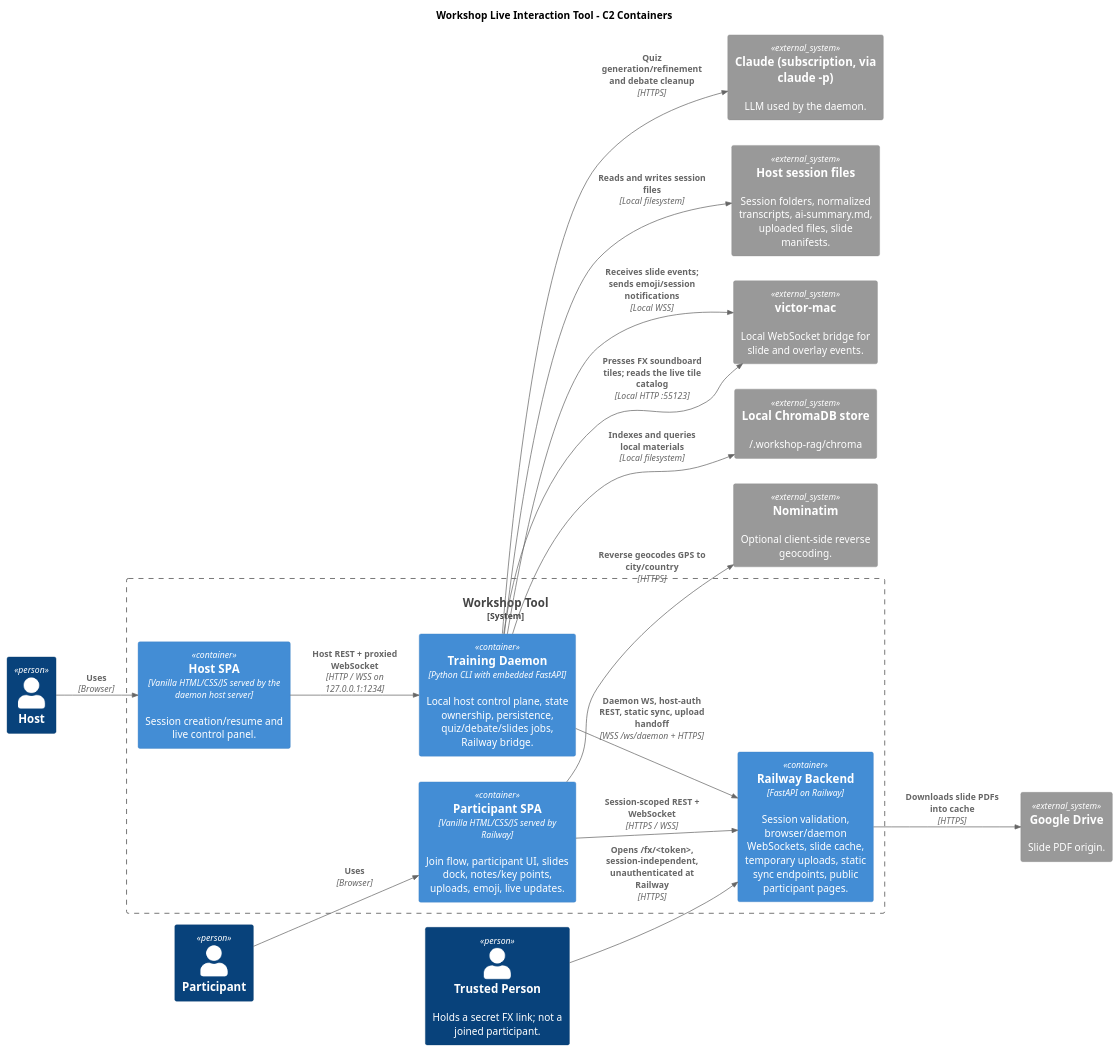
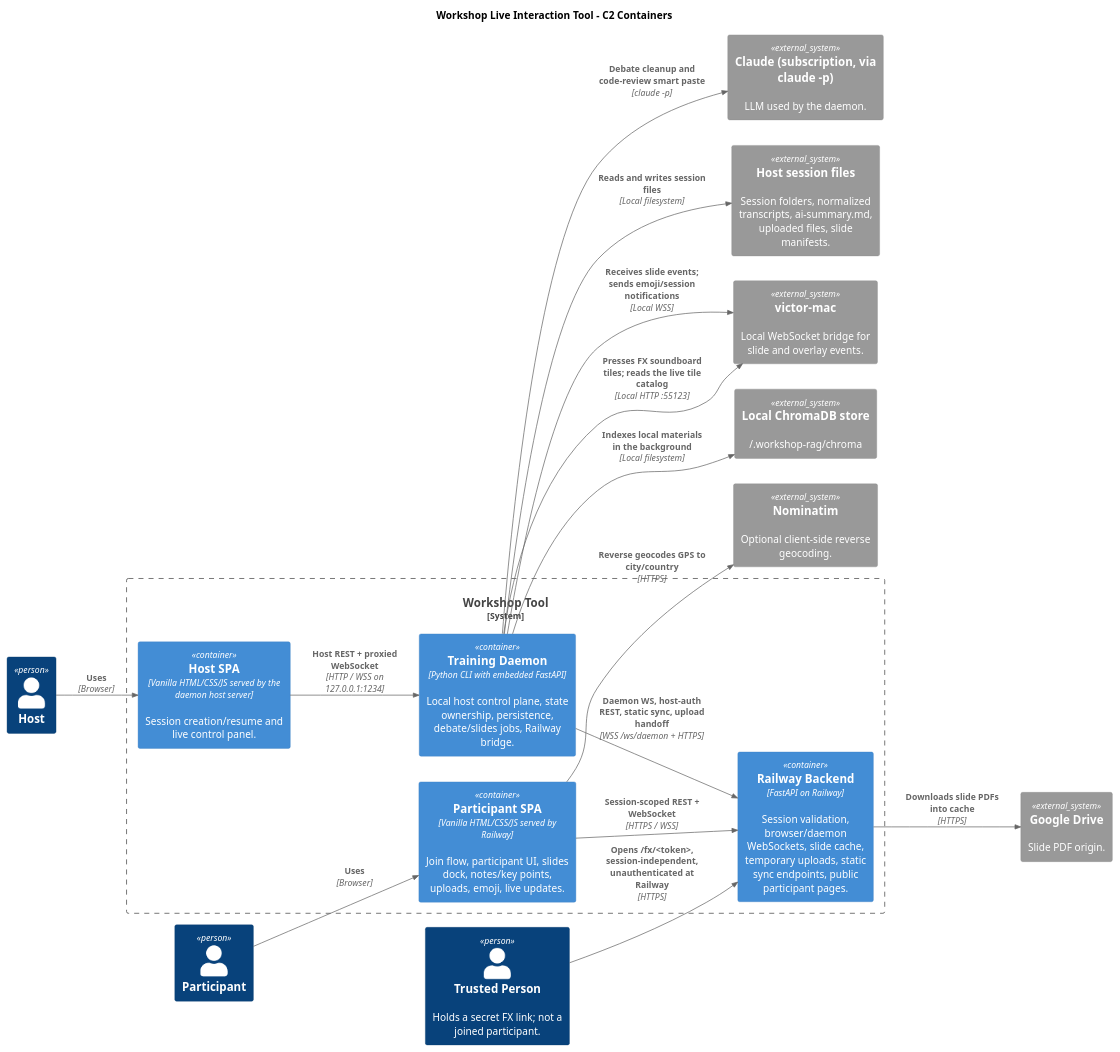
Before and after one commit to victorrentea/training-assistant: the second of 4 diagrams in ARCHITECTURE.md, drawn with PlantUML. The commit also changed other lines of this file and 45 other files, not shown here.

````diff
--- a/ARCHITECTURE.md
+++ b/ARCHITECTURE.md
@@ -78,44 +78,44 @@
 ```plantuml
 @startuml C2_Containers
 !include <C4/C4_Container>
 
 title Workshop Live Interaction Tool - C2 Containers
 LAYOUT_LEFT_RIGHT()
 
 Person(host, "Host")
 Person(participant, "Participant")
 Person(fx_holder, "Trusted Person", "Holds a secret FX link; not a joined participant.")
 
 System_Boundary(workshop, "Workshop Tool") {
     Container(participant_spa, "Participant SPA", "Vanilla HTML/CSS/JS served by Railway", "Join flow, participant UI, slides dock, notes/key points, uploads, emoji, live updates.")
     Container(host_spa, "Host SPA", "Vanilla HTML/CSS/JS served by the daemon host server", "Session creation/resume and live control panel.")
     Container(railway_backend, "Railway Backend", "FastAPI on Railway", "Session validation, browser/daemon WebSockets, slide cache, temporary uploads, static sync endpoints, public participant pages.")
-    Container(training_daemon, "Training Daemon", "Python CLI with embedded FastAPI", "Local host control plane, state ownership, persistence, quiz/debate/slides jobs, Railway bridge.")
+    Container(training_daemon, "Training Daemon", "Python CLI with embedded FastAPI", "Local host control plane, state ownership, persistence, debate/slides jobs, Railway bridge.")
 }
 
 System_Ext(macos_addons, "victor-mac", "Local WebSocket bridge for slide and overlay events.")
 System_Ext(claude_api, "Claude (subscription, via claude -p)", "LLM used by the daemon.")
 System_Ext(nominatim, "Nominatim", "Optional client-side reverse geocoding.")
 System_Ext(google_drive, "Google Drive", "Slide PDF origin.")
 System_Ext(host_files, "Host session files", "Session folders, normalized transcripts, ai-summary.md, uploaded files, slide manifests.")
 System_Ext(local_rag, "Local ChromaDB store", "~/.workshop-rag/chroma")
 
 Rel(participant, participant_spa, "Uses", "Browser")
 Rel(participant_spa, railway_backend, "Session-scoped REST + WebSocket", "HTTPS / WSS")
 Rel(participant_spa, nominatim, "Reverse geocodes GPS to city/country", "HTTPS")
 
 Rel(host, host_spa, "Uses", "Browser")
 Rel(host_spa, training_daemon, "Host REST + proxied WebSocket", "HTTP / WSS on 127.0.0.1:1234")
 
 Rel(fx_holder, railway_backend, "Opens /fx/<token>, session-independent, unauthenticated at Railway", "HTTPS")
 
 Rel(training_daemon, railway_backend, "Daemon WS, host-auth REST, static sync, upload handoff", "WSS /ws/daemon + HTTPS")
-Rel(training_daemon, claude_api, "Quiz generation/refinement and debate cleanup", "HTTPS")
+Rel(training_daemon, claude_api, "Debate cleanup and code-review smart paste", "claude -p")
 Rel(training_daemon, macos_addons, "Receives slide events; sends emoji/session notifications", "Local WSS")
 Rel(training_daemon, macos_addons, "Presses FX soundboard tiles; reads the live tile catalog", "Local HTTP :55123")
 Rel(training_daemon, host_files, "Reads and writes session files", "Local filesystem")
-Rel(training_daemon, local_rag, "Indexes and queries local materials", "Local filesystem")
+Rel(training_daemon, local_rag, "Indexes local materials in the background", "Local filesystem")
 
 Rel(railway_backend, google_drive, "Downloads slide PDFs into cache", "HTTPS")
 @enduml
 ```
````
